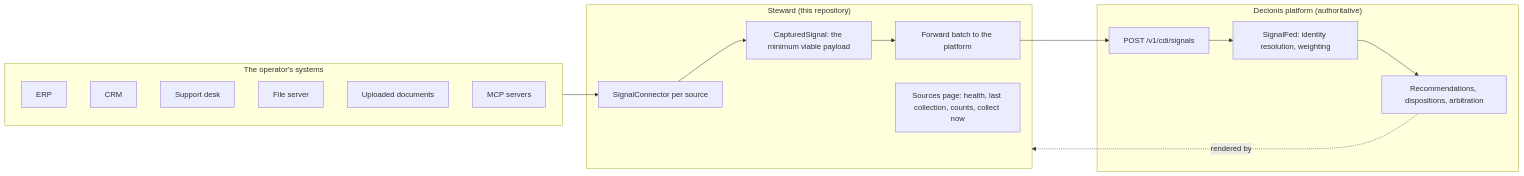
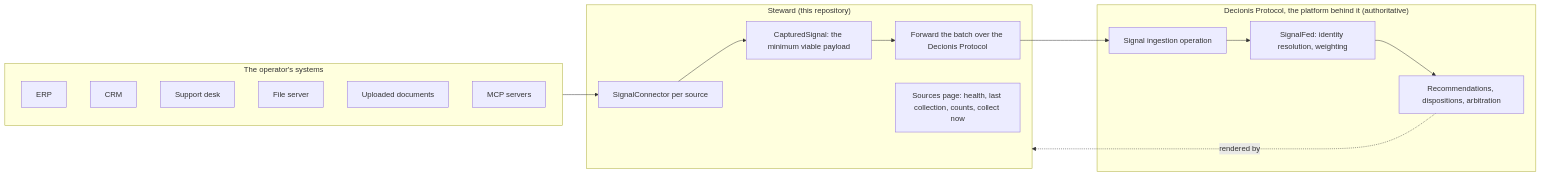
One commit to decionis/steward changed the diagram in docs/SignalConnectors.md. Above: the diagram before and after it, drawn with Mermaid. The commit also changed other lines of this file and 1 other file, not shown here.

First line of the commit message:
docs: name the upstream: the Decionis Protocol

````diff
--- a/docs/SignalConnectors.md
+++ b/docs/SignalConnectors.md
@@ -40,18 +39,18 @@
 ```mermaid
 flowchart LR
   subgraph Sources["The operator's systems"]
     ERP[ERP] ; CRM[CRM] ; DESK[Support desk] ; FS[File server] ; UP[Uploaded documents] ; MCP[MCP servers]
   end
   subgraph Steward["Steward (this repository)"]
     C[SignalConnector per source] --> P[CapturedSignal: the minimum viable payload]
-    P --> F[Forward batch to the platform]
+    P --> F[Forward the batch over the Decionis Protocol]
     H[Sources page: health, last collection, counts, collect now]
   end
-  subgraph Platform["Decionis platform (authoritative)"]
-    I[POST /v1/cdi/signals] --> SF[SignalFed: identity resolution, weighting]
+  subgraph Platform["Decionis Protocol, the platform behind it (authoritative)"]
+    I[Signal ingestion operation] --> SF[SignalFed: identity resolution, weighting]
     SF --> R[Recommendations, dispositions, arbitration]
   end
   Sources --> C
   F --> I
   R -. rendered by .-> Steward
 ```
````
